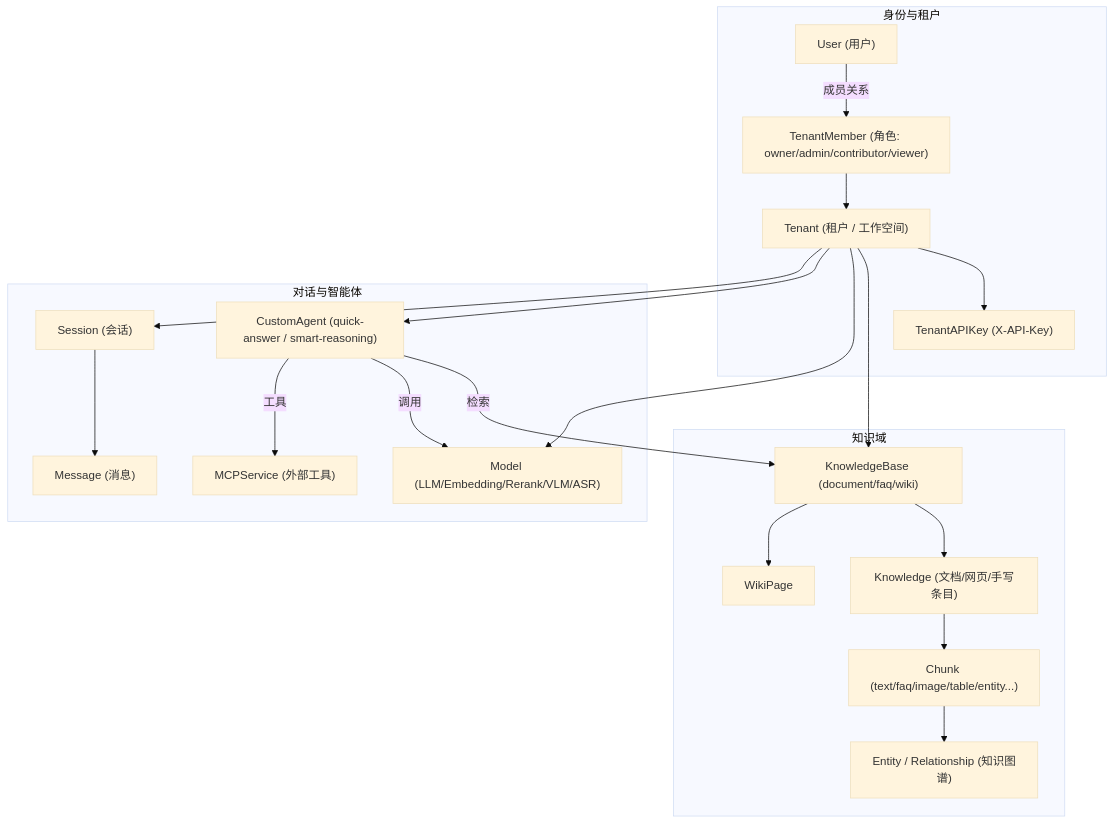
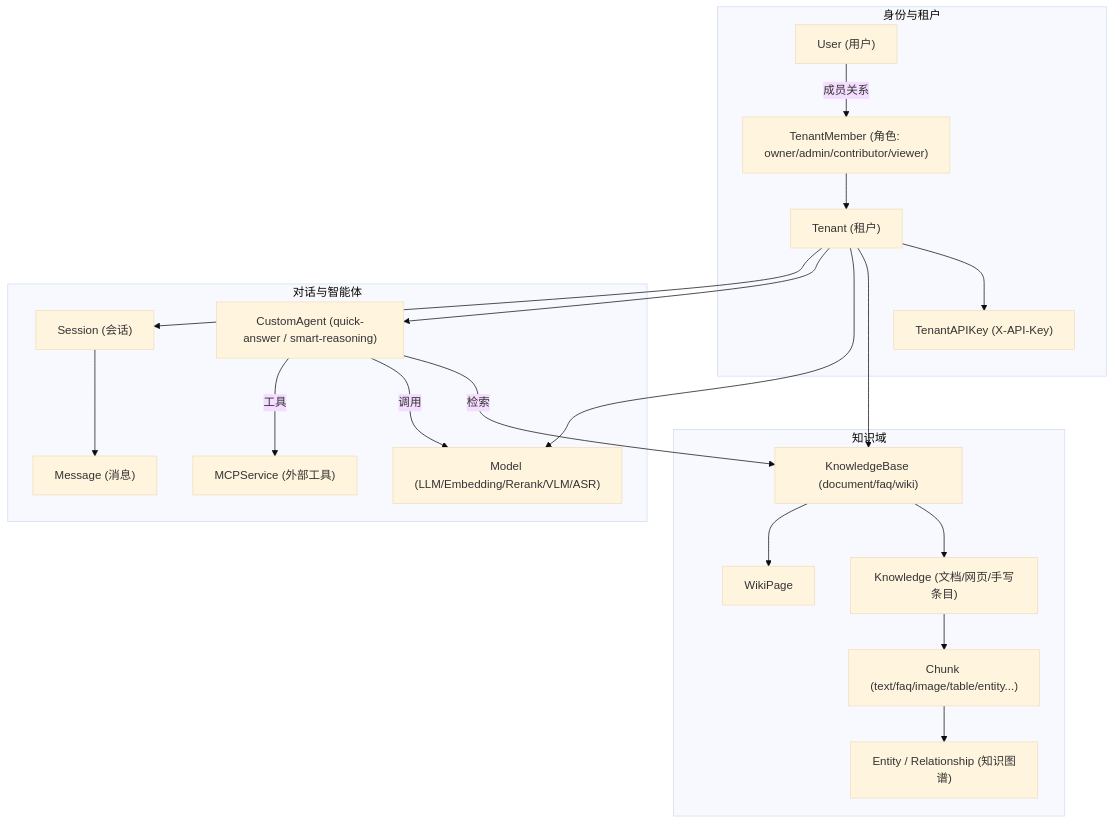
The first of 2 diagrams in apps/docs/01-getting-started/01-introduction.md (qinlei131479/WeKnora), drawn with Mermaid (base theme) before and after one commit. The commit also changed other lines of this file and 58 other files, not shown here.

````diff
--- a/apps/docs/01-getting-started/01-introduction.md
+++ b/apps/docs/01-getting-started/01-introduction.md
@@ -65,35 +65,35 @@
 ```mermaid
 flowchart TB
     subgraph identity["身份与租户"]
         U["User (用户)"]
-        T["Tenant (租户 / 工作空间)"]
+        T["Tenant (租户)"]
         TM["TenantMember (角色: owner/admin/contributor/viewer)"]
         AK["TenantAPIKey (X-API-Key)"]
     end
     subgraph knowledge["知识域"]
         KB["KnowledgeBase (document/faq/wiki)"]
         K["Knowledge (文档/网页/手写条目)"]
         C["Chunk (text/faq/image/table/entity...)"]
         W["WikiPage"]
         G["Entity / Relationship (知识图谱)"]
     end
     subgraph chat["对话与智能体"]
         S["Session (会话)"]
         MSG["Message (消息)"]
         AG["CustomAgent (quick-answer / smart-reasoning)"]
         M["Model (LLM/Embedding/Rerank/VLM/ASR)"]
         MCP["MCPService (外部工具)"]
     end
     U -- "成员关系" --> TM --> T
     T --> AK
     T --> KB
     T --> M
     T --> AG
     KB --> K --> C
     KB --> W
     C --> G
     T --> S --> MSG
     AG -- "检索" --> KB
     AG -- "调用" --> M
     AG -- "工具" --> MCP
 ```
````
